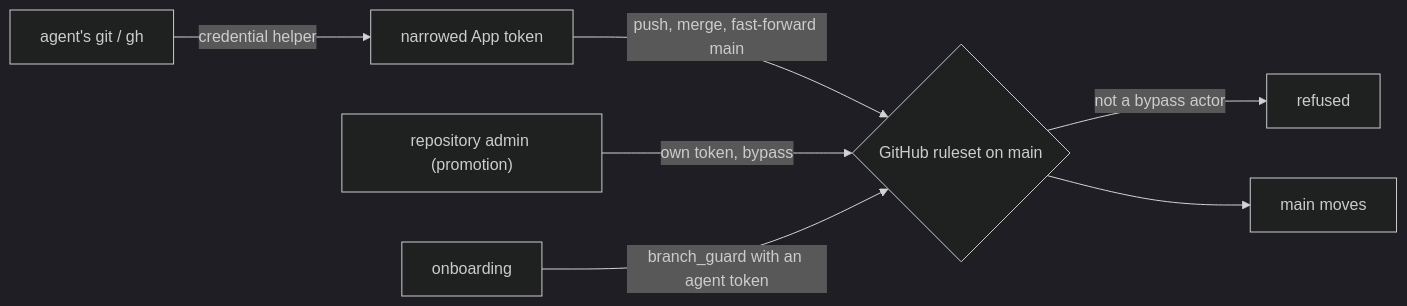
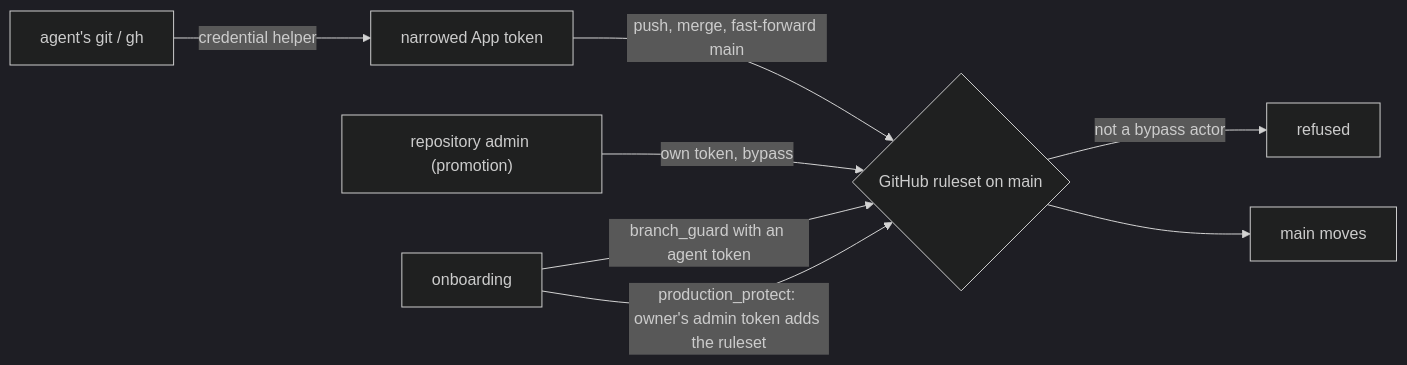
Diagram 18 of 31 in docs/architecture.md (Quartio-Studio/yulius), drawn with Mermaid (dark theme) before and after one commit. The commit also changed other lines of this file and 14 other files, not shown here.

````diff
--- a/docs/architecture.md
+++ b/docs/architecture.md
@@ -605,9 +609,10 @@
 ```mermaid
 flowchart LR
   AG["agent's git / gh"] -->|"credential helper"| TOK["narrowed App token"]
   TOK -->|"push, merge, fast-forward main"| GH{"GitHub ruleset on main"}
   GH -->|"not a bypass actor"| NO["refused"]
   PERSON["repository admin (promotion)"] -->|"own token, bypass"| GH
   GH --> OK["main moves"]
   ONB["onboarding"] -->|"branch_guard with an agent token"| GH
+  ONB -->|"production_protect: owner's admin token adds the ruleset"| GH
 ```
````
